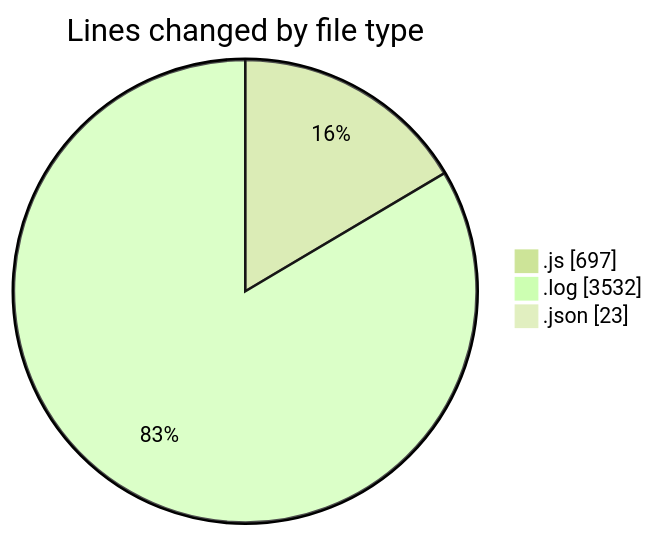
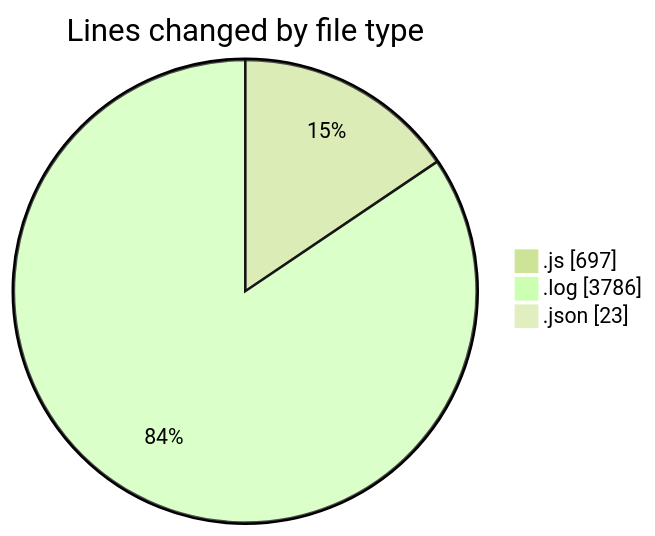
The first of 2 diagrams in 2025-04-15/nxtqube_webapp/README.md (nxtqubesakshisongat/code-tracking), drawn with Mermaid (forest theme) before and after one commit. The commit also changed other lines of this file and 1 other file, not shown here.

````diff
--- a/2025-04-15/nxtqube_webapp/README.md
+++ b/2025-04-15/nxtqube_webapp/README.md
@@ -24,7 +25,7 @@
 ```mermaid
 pie showData
 title Lines changed by file type
 ".js" : 697
-".log" : 3532
+".log" : 3786
 ".json" : 23
 ```
````
